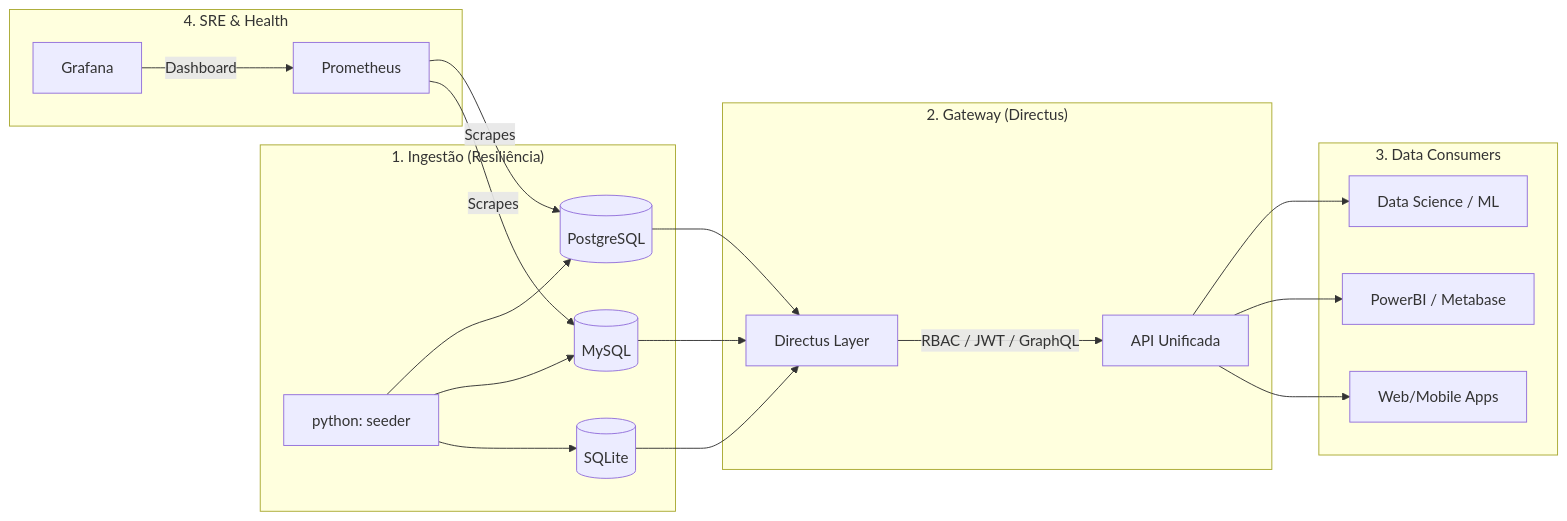
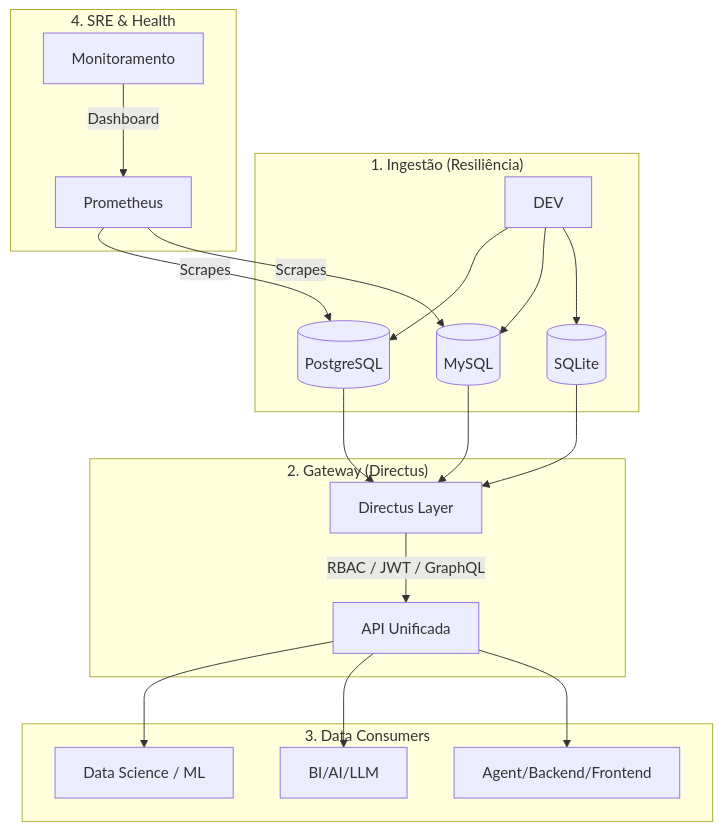
One commit to Rilen/PolyDB-Gateway changed the diagram in README.md. Above: the diagram before and after it, drawn with Mermaid.

````diff
--- a/README.md
+++ b/README.md
@@ -59,27 +59,27 @@
 ```mermaid
-flowchart LR
+flowchart TD
     subgraph Ingestao ["1. Ingestão (Resiliência)"]
-        S[python: seeder] --> PG[(PostgreSQL)]
+        S[DEV] --> PG[(PostgreSQL)]
         S --> MY[(MySQL)]
         S --> SL[(SQLite)]
     end
 
     subgraph Unificacao ["2. Gateway (Directus)"]
         PG --> D[Directus Layer]
         MY --> D
         SL --> D
         D -- "RBAC / JWT / GraphQL" --> API[API Unificada]
     end
 
     subgraph Consumo ["3. Data Consumers"]
         API --> DS[Data Science / ML]
-        API --> BI[PowerBI / Metabase]
-        API --> App[Web/Mobile Apps]
+        API --> BI[BI/AI/LLM]
+        API --> DEV[Agent/Backend/Frontend]
     end
 
     subgraph Observabilidade ["4. SRE & Health"]
         PR[Prometheus] -- "Scrapes" --> PG
         PR -- "Scrapes" --> MY
-        GR[Grafana] -- "Dashboard" --> PR
+        GR[Monitoramento] -- "Dashboard" --> PR
     end
 ```
````
